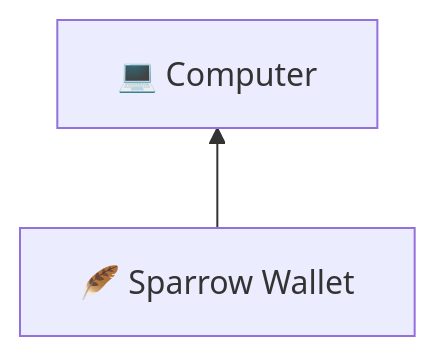
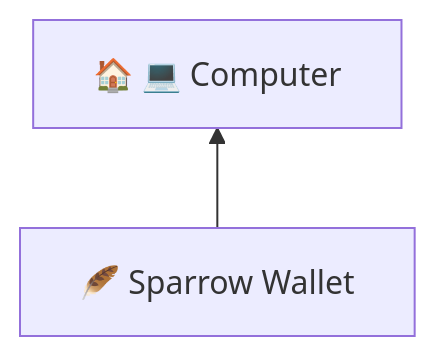
Before and after one commit to BlockchainCommons/SmartCustody: the sixth of 19 diagrams in Docs/Scenario-Multisig.md, drawn with Mermaid. The commit also changed other lines of this file, not shown here.

````diff
--- a/Docs/Scenario-Multisig.md
+++ b/Docs/Scenario-Multisig.md
@@ -244,6 +244,6 @@
 ```mermaid
     graph BT;
-    A["💻 Computer"]
+    A["🏠 💻 Computer"]
     B["🪶 Sparrow Wallet"]
     B-->A;
 ```
````
